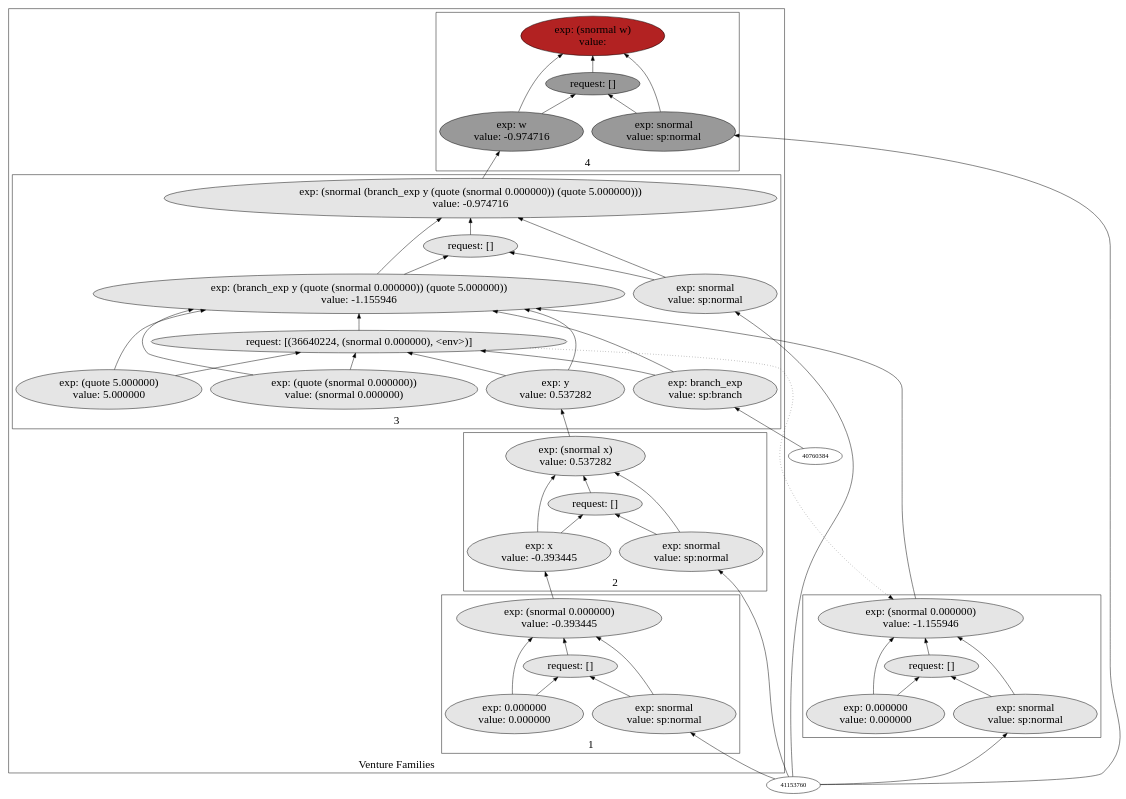
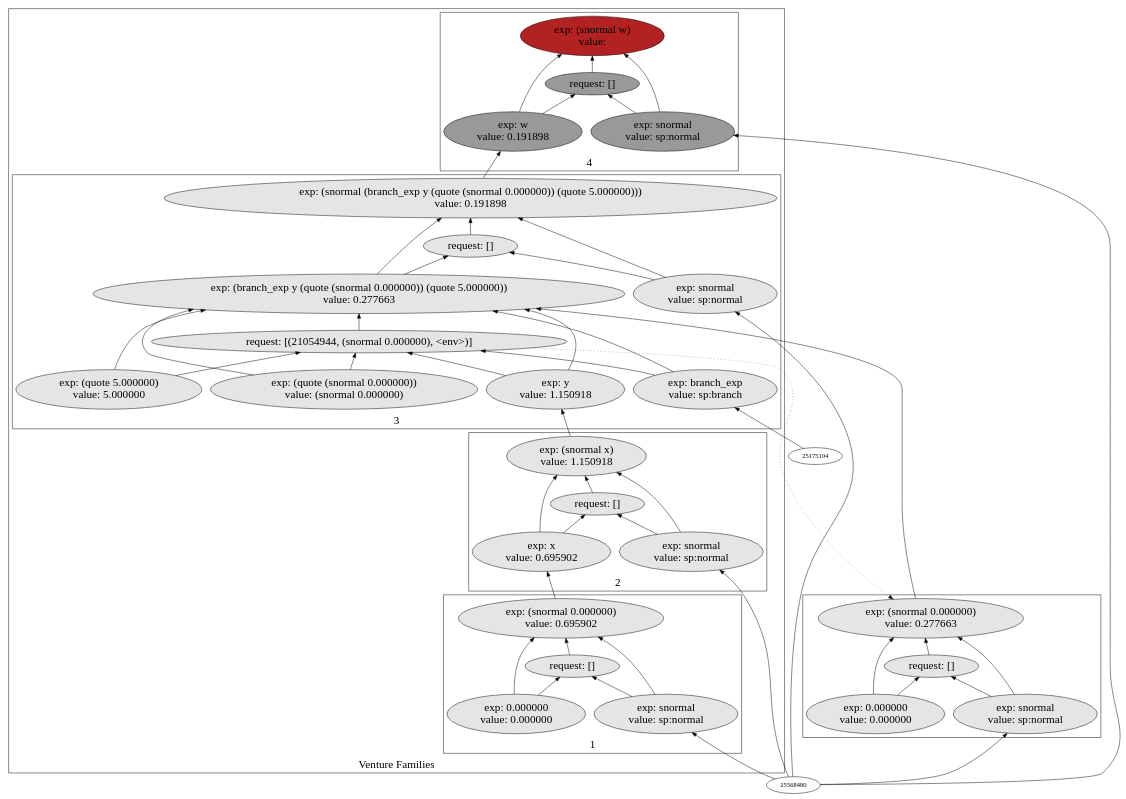
The diagram in backend/cxx/graphs/partition/dot7.dot (probcomp/Venturecxx), drawn with Graphviz before and after one commit. The commit also changed 326 other files, not shown here.

```diff
--- a/backend/cxx/graphs/partition/dot7.dot
+++ b/backend/cxx/graphs/partition/dot7.dot
@@ -5,95 +5,95 @@
 label="Venture Families"
 subgraph cluster2 {
 label="1"
-"37726128"["fillcolor"="grey90" "fontsize"="24" "label"="exp: (snormal 0.000000)\nvalue: -0.393445" "shape"="ellipse" "style"="filled" ]
-"42212608"["fillcolor"="grey90" "fontsize"="24" "label"="request: []" "shape"="ellipse" "style"="filled" ]
-"36870592"["fillcolor"="grey90" "fontsize"="24" "label"="exp: snormal\nvalue: sp:normal" "shape"="ellipse" "style"="filled" ]
-"33142112"["fillcolor"="grey90" "fontsize"="24" "label"="exp: 0.000000\nvalue: 0.000000" "shape"="ellipse" "style"="filled" ]
+"22140848"["fillcolor"="grey90" "fontsize"="24" "label"="exp: (snormal 0.000000)\nvalue: 0.695902" "shape"="ellipse" "style"="filled" ]
+"26627328"["fillcolor"="grey90" "fontsize"="24" "label"="request: []" "shape"="ellipse" "style"="filled" ]
+"21285312"["fillcolor"="grey90" "fontsize"="24" "label"="exp: snormal\nvalue: sp:normal" "shape"="ellipse" "style"="filled" ]
+"17556832"["fillcolor"="grey90" "fontsize"="24" "label"="exp: 0.000000\nvalue: 0.000000" "shape"="ellipse" "style"="filled" ]
 }
 
 subgraph cluster3 {
 label="2"
-"37254784"["fillcolor"="grey90" "fontsize"="24" "label"="exp: (snormal x)\nvalue: 0.537282" "shape"="ellipse" "style"="filled" ]
-"37154352"["fillcolor"="grey90" "fontsize"="24" "label"="request: []" "shape"="ellipse" "style"="filled" ]
-"35549456"["fillcolor"="grey90" "fontsize"="24" "label"="exp: snormal\nvalue: sp:normal" "shape"="ellipse" "style"="filled" ]
-"37179568"["fillcolor"="grey90" "fontsize"="24" "label"="exp: x\nvalue: -0.393445" "shape"="ellipse" "style"="filled" ]
+"21669504"["fillcolor"="grey90" "fontsize"="24" "label"="exp: (snormal x)\nvalue: 1.150918" "shape"="ellipse" "style"="filled" ]
+"21569072"["fillcolor"="grey90" "fontsize"="24" "label"="request: []" "shape"="ellipse" "style"="filled" ]
+"19964176"["fillcolor"="grey90" "fontsize"="24" "label"="exp: snormal\nvalue: sp:normal" "shape"="ellipse" "style"="filled" ]
+"21594288"["fillcolor"="grey90" "fontsize"="24" "label"="exp: x\nvalue: 0.695902" "shape"="ellipse" "style"="filled" ]
 }
 
 subgraph cluster4 {
 label="3"
-"34848512"["fillcolor"="grey90" "fontsize"="24" "label"="exp: (snormal (branch_exp y (quote (snormal 0.000000)) (quote 5.000000)))\nvalue: -0.974716" "shape"="ellipse" "style"="filled" ]
-"36839072"["fillcolor"="grey90" "fontsize"="24" "label"="request: []" "shape"="ellipse" "style"="filled" ]
-"36129440"["fillcolor"="grey90" "fontsize"="24" "label"="exp: snormal\nvalue: sp:normal" "shape"="ellipse" "style"="filled" ]
-"36593296"["fillcolor"="grey90" "fontsize"="24" "label"="exp: (branch_exp y (quote (snormal 0.000000)) (quote 5.000000))\nvalue: -1.155946" "shape"="ellipse" "style"="filled" ]
-"36640224"["fillcolor"="grey90" "fontsize"="24" "label"="request: [(36640224, (snormal 0.000000), <env>)]" "shape"="ellipse" "style"="filled" ]
-"34747040"["fillcolor"="grey90" "fontsize"="24" "label"="exp: branch_exp\nvalue: sp:branch" "shape"="ellipse" "style"="filled" ]
-"36243120"["fillcolor"="grey90" "fontsize"="24" "label"="exp: y\nvalue: 0.537282" "shape"="ellipse" "style"="filled" ]
-"35112672"["fillcolor"="grey90" "fontsize"="24" "label"="exp: (quote (snormal 0.000000))\nvalue: (snormal 0.000000)" "shape"="ellipse" "style"="filled" ]
-"35588656"["fillcolor"="grey90" "fontsize"="24" "label"="exp: (quote 5.000000)\nvalue: 5.000000" "shape"="ellipse" "style"="filled" ]
+"19263232"["fillcolor"="grey90" "fontsize"="24" "label"="exp: (snormal (branch_exp y (quote (snormal 0.000000)) (quote 5.000000)))\nvalue: 0.191898" "shape"="ellipse" "style"="filled" ]
+"21253792"["fillcolor"="grey90" "fontsize"="24" "label"="request: []" "shape"="ellipse" "style"="filled" ]
+"20544160"["fillcolor"="grey90" "fontsize"="24" "label"="exp: snormal\nvalue: sp:normal" "shape"="ellipse" "style"="filled" ]
+"21008016"["fillcolor"="grey90" "fontsize"="24" "label"="exp: (branch_exp y (quote (snormal 0.000000)) (quote 5.000000))\nvalue: 0.277663" "shape"="ellipse" "style"="filled" ]
+"21054944"["fillcolor"="grey90" "fontsize"="24" "label"="request: [(21054944, (snormal 0.000000), <env>)]" "shape"="ellipse" "style"="filled" ]
+"19161760"["fillcolor"="grey90" "fontsize"="24" "label"="exp: branch_exp\nvalue: sp:branch" "shape"="ellipse" "style"="filled" ]
+"20657840"["fillcolor"="grey90" "fontsize"="24" "label"="exp: y\nvalue: 1.150918" "shape"="ellipse" "style"="filled" ]
+"19527392"["fillcolor"="grey90" "fontsize"="24" "label"="exp: (quote (snormal 0.000000))\nvalue: (snormal 0.000000)" "shape"="ellipse" "style"="filled" ]
+"20003376"["fillcolor"="grey90" "fontsize"="24" "label"="exp: (quote 5.000000)\nvalue: 5.000000" "shape"="ellipse" "style"="filled" ]
 }
 
 subgraph cluster5 {
 label="4"
-"36828112"["fillcolor"="firebrick" "fontsize"="24" "label"="exp: (snormal w)\nvalue: " "shape"="ellipse" "style"="filled" ]
-"41282896"["fillcolor"="grey60" "fontsize"="24" "label"="request: []" "shape"="ellipse" "style"="filled" ]
-"35141008"["fillcolor"="grey60" "fontsize"="24" "label"="exp: snormal\nvalue: sp:normal" "shape"="ellipse" "style"="filled" ]
-"35315600"["fillcolor"="grey60" "fontsize"="24" "label"="exp: w\nvalue: -0.974716" "shape"="ellipse" "style"="filled" ]
+"21242832"["fillcolor"="firebrick" "fontsize"="24" "label"="exp: (snormal w)\nvalue: " "shape"="ellipse" "style"="filled" ]
+"25697616"["fillcolor"="grey60" "fontsize"="24" "label"="request: []" "shape"="ellipse" "style"="filled" ]
+"19555728"["fillcolor"="grey60" "fontsize"="24" "label"="exp: snormal\nvalue: sp:normal" "shape"="ellipse" "style"="filled" ]
+"19730320"["fillcolor"="grey60" "fontsize"="24" "label"="exp: w\nvalue: 0.191898" "shape"="ellipse" "style"="filled" ]
 }
 
 }
 
 subgraph cluster6 {
 label=""
-"35342768"["fillcolor"="grey90" "fontsize"="24" "label"="exp: (snormal 0.000000)\nvalue: -1.155946" "shape"="ellipse" "style"="filled" ]
-"35128112"["fillcolor"="grey90" "fontsize"="24" "label"="request: []" "shape"="ellipse" "style"="filled" ]
-"34675744"["fillcolor"="grey90" "fontsize"="24" "label"="exp: snormal\nvalue: sp:normal" "shape"="ellipse" "style"="filled" ]
-"37170512"["fillcolor"="grey90" "fontsize"="24" "label"="exp: 0.000000\nvalue: 0.000000" "shape"="ellipse" "style"="filled" ]
+"19757488"["fillcolor"="grey90" "fontsize"="24" "label"="exp: (snormal 0.000000)\nvalue: 0.277663" "shape"="ellipse" "style"="filled" ]
+"19542832"["fillcolor"="grey90" "fontsize"="24" "label"="request: []" "shape"="ellipse" "style"="filled" ]
+"19090464"["fillcolor"="grey90" "fontsize"="24" "label"="exp: snormal\nvalue: sp:normal" "shape"="ellipse" "style"="filled" ]
+"21585232"["fillcolor"="grey90" "fontsize"="24" "label"="exp: 0.000000\nvalue: 0.000000" "shape"="ellipse" "style"="filled" ]
 }
 
-"36129440" -> "34848512"["arrowhead"="normal" "color"="black" "constraint"="true" "style"="solid" ]
-"36129440" -> "36839072"["arrowhead"="normal" "color"="black" "constraint"="true" "style"="solid" ]
-"41153760" -> "36129440"["arrowhead"="normal" "color"="black" "constraint"="true" "style"="solid" ]
-"36593296" -> "34848512"["arrowhead"="normal" "color"="black" "constraint"="true" "style"="solid" ]
-"36593296" -> "36839072"["arrowhead"="normal" "color"="black" "constraint"="true" "style"="solid" ]
-"34747040" -> "36593296"["arrowhead"="normal" "color"="black" "constraint"="true" "style"="solid" ]
-"34747040" -> "36640224"["arrowhead"="normal" "color"="black" "constraint"="true" "style"="solid" ]
-"40760384" -> "34747040"["arrowhead"="normal" "color"="black" "constraint"="true" "style"="solid" ]
-"36243120" -> "36593296"["arrowhead"="normal" "color"="black" "constraint"="true" "style"="solid" ]
-"36243120" -> "36640224"["arrowhead"="normal" "color"="black" "constraint"="true" "style"="solid" ]
-"37254784" -> "36243120"["arrowhead"="normal" "color"="black" "constraint"="true" "style"="solid" ]
-"35112672" -> "36593296"["arrowhead"="normal" "color"="black" "constraint"="true" "style"="solid" ]
-"35112672" -> "36640224"["arrowhead"="normal" "color"="black" "constraint"="true" "style"="solid" ]
-"35588656" -> "36593296"["arrowhead"="normal" "color"="black" "constraint"="true" "style"="solid" ]
-"35588656" -> "36640224"["arrowhead"="normal" "color"="black" "constraint"="true" "style"="solid" ]
-"36640224" -> "36593296"["arrowhead"="normal" "color"="black" "constraint"="true" "style"="solid" ]
-"35342768" -> "36593296"["arrowhead"="normal" "color"="black" "constraint"="true" "style"="solid" ]
-"36640224" -> "35342768"["arrowhead"="normal" "color"="black" "constraint"="false" "style"="dotted" ]
-"36839072" -> "34848512"["arrowhead"="normal" "color"="black" "constraint"="true" "style"="solid" ]
-"34675744" -> "35342768"["arrowhead"="normal" "color"="black" "constraint"="true" "style"="solid" ]
-"34675744" -> "35128112"["arrowhead"="normal" "color"="black" "constraint"="true" "style"="solid" ]
-"41153760" -> "34675744"["arrowhead"="normal" "color"="black" "constraint"="true" "style"="solid" ]
-"37170512" -> "35342768"["arrowhead"="normal" "color"="black" "constraint"="true" "style"="solid" ]
-"37170512" -> "35128112"["arrowhead"="normal" "color"="black" "constraint"="true" "style"="solid" ]
-"35128112" -> "35342768"["arrowhead"="normal" "color"="black" "constraint"="true" "style"="solid" ]
-"35141008" -> "36828112"["arrowhead"="normal" "color"="black" "constraint"="true" "style"="solid" ]
-"35141008" -> "41282896"["arrowhead"="normal" "color"="black" "constraint"="true" "style"="solid" ]
-"41153760" -> "35141008"["arrowhead"="normal" "color"="black" "constraint"="true" "style"="solid" ]
-"35315600" -> "36828112"["arrowhead"="normal" "color"="black" "constraint"="true" "style"="solid" ]
-"35315600" -> "41282896"["arrowhead"="normal" "color"="black" "constraint"="true" "style"="solid" ]
-"34848512" -> "35315600"["arrowhead"="normal" "color"="black" "constraint"="true" "style"="solid" ]
-"41282896" -> "36828112"["arrowhead"="normal" "color"="black" "constraint"="true" "style"="solid" ]
-"35549456" -> "37254784"["arrowhead"="normal" "color"="black" "constraint"="true" "style"="solid" ]
-"35549456" -> "37154352"["arrowhead"="normal" "color"="black" "constraint"="true" "style"="solid" ]
-"41153760" -> "35549456"["arrowhead"="normal" "color"="black" "constraint"="true" "style"="solid" ]
-"37179568" -> "37254784"["arrowhead"="normal" "color"="black" "constraint"="true" "style"="solid" ]
-"37179568" -> "37154352"["arrowhead"="normal" "color"="black" "constraint"="true" "style"="solid" ]
-"37726128" -> "37179568"["arrowhead"="normal" "color"="black" "constraint"="true" "style"="solid" ]
-"37154352" -> "37254784"["arrowhead"="normal" "color"="black" "constraint"="true" "style"="solid" ]
-"36870592" -> "37726128"["arrowhead"="normal" "color"="black" "constraint"="true" "style"="solid" ]
-"36870592" -> "42212608"["arrowhead"="normal" "color"="black" "constraint"="true" "style"="solid" ]
-"41153760" -> "36870592"["arrowhead"="normal" "color"="black" "constraint"="true" "style"="solid" ]
-"33142112" -> "37726128"["arrowhead"="normal" "color"="black" "constraint"="true" "style"="solid" ]
-"33142112" -> "42212608"["arrowhead"="normal" "color"="black" "constraint"="true" "style"="solid" ]
-"42212608" -> "37726128"["arrowhead"="normal" "color"="black" "constraint"="true" "style"="solid" ]
+"20544160" -> "19263232"["arrowhead"="normal" "color"="black" "constraint"="true" "style"="solid" ]
+"20544160" -> "21253792"["arrowhead"="normal" "color"="black" "constraint"="true" "style"="solid" ]
+"25568480" -> "20544160"["arrowhead"="normal" "color"="black" "constraint"="true" "style"="solid" ]
+"21008016" -> "19263232"["arrowhead"="normal" "color"="black" "constraint"="true" "style"="solid" ]
+"21008016" -> "21253792"["arrowhead"="normal" "color"="black" "constraint"="true" "style"="solid" ]
+"19161760" -> "21008016"["arrowhead"="normal" "color"="black" "constraint"="true" "style"="solid" ]
+"19161760" -> "21054944"["arrowhead"="normal" "color"="black" "constraint"="true" "style"="solid" ]
+"25175104" -> "19161760"["arrowhead"="normal" "color"="black" "constraint"="true" "style"="solid" ]
+"20657840" -> "21008016"["arrowhead"="normal" "color"="black" "constraint"="true" "style"="solid" ]
+"20657840" -> "21054944"["arrowhead"="normal" "color"="black" "constraint"="true" "style"="solid" ]
+"21669504" -> "20657840"["arrowhead"="normal" "color"="black" "constraint"="true" "style"="solid" ]
+"19527392" -> "21008016"["arrowhead"="normal" "color"="black" "constraint"="true" "style"="solid" ]
+"19527392" -> "21054944"["arrowhead"="normal" "color"="black" "constraint"="true" "style"="solid" ]
+"20003376" -> "21008016"["arrowhead"="normal" "color"="black" "constraint"="true" "style"="solid" ]
+"20003376" -> "21054944"["arrowhead"="normal" "color"="black" "constraint"="true" "style"="solid" ]
+"21054944" -> "21008016"["arrowhead"="normal" "color"="black" "constraint"="true" "style"="solid" ]
+"19757488" -> "21008016"["arrowhead"="normal" "color"="black" "constraint"="true" "style"="solid" ]
+"21054944" -> "19757488"["arrowhead"="normal" "color"="black" "constraint"="false" "style"="dotted" ]
+"21253792" -> "19263232"["arrowhead"="normal" "color"="black" "constraint"="true" "style"="solid" ]
+"19090464" -> "19757488"["arrowhead"="normal" "color"="black" "constraint"="true" "style"="solid" ]
+"19090464" -> "19542832"["arrowhead"="normal" "color"="black" "constraint"="true" "style"="solid" ]
+"25568480" -> "19090464"["arrowhead"="normal" "color"="black" "constraint"="true" "style"="solid" ]
+"21585232" -> "19757488"["arrowhead"="normal" "color"="black" "constraint"="true" "style"="solid" ]
+"21585232" -> "19542832"["arrowhead"="normal" "color"="black" "constraint"="true" "style"="solid" ]
+"19542832" -> "19757488"["arrowhead"="normal" "color"="black" "constraint"="true" "style"="solid" ]
+"19555728" -> "21242832"["arrowhead"="normal" "color"="black" "constraint"="true" "style"="solid" ]
+"19555728" -> "25697616"["arrowhead"="normal" "color"="black" "constraint"="true" "style"="solid" ]
+"25568480" -> "19555728"["arrowhead"="normal" "color"="black" "constraint"="true" "style"="solid" ]
+"19730320" -> "21242832"["arrowhead"="normal" "color"="black" "constraint"="true" "style"="solid" ]
+"19730320" -> "25697616"["arrowhead"="normal" "color"="black" "constraint"="true" "style"="solid" ]
+"19263232" -> "19730320"["arrowhead"="normal" "color"="black" "constraint"="true" "style"="solid" ]
+"25697616" -> "21242832"["arrowhead"="normal" "color"="black" "constraint"="true" "style"="solid" ]
+"19964176" -> "21669504"["arrowhead"="normal" "color"="black" "constraint"="true" "style"="solid" ]
+"19964176" -> "21569072"["arrowhead"="normal" "color"="black" "constraint"="true" "style"="solid" ]
+"25568480" -> "19964176"["arrowhead"="normal" "color"="black" "constraint"="true" "style"="solid" ]
+"21594288" -> "21669504"["arrowhead"="normal" "color"="black" "constraint"="true" "style"="solid" ]
+"21594288" -> "21569072"["arrowhead"="normal" "color"="black" "constraint"="true" "style"="solid" ]
+"22140848" -> "21594288"["arrowhead"="normal" "color"="black" "constraint"="true" "style"="solid" ]
+"21569072" -> "21669504"["arrowhead"="normal" "color"="black" "constraint"="true" "style"="solid" ]
+"21285312" -> "22140848"["arrowhead"="normal" "color"="black" "constraint"="true" "style"="solid" ]
+"21285312" -> "26627328"["arrowhead"="normal" "color"="black" "constraint"="true" "style"="solid" ]
+"25568480" -> "21285312"["arrowhead"="normal" "color"="black" "constraint"="true" "style"="solid" ]
+"17556832" -> "22140848"["arrowhead"="normal" "color"="black" "constraint"="true" "style"="solid" ]
+"17556832" -> "26627328"["arrowhead"="normal" "color"="black" "constraint"="true" "style"="solid" ]
+"26627328" -> "22140848"["arrowhead"="normal" "color"="black" "constraint"="true" "style"="solid" ]
 
 }
```
